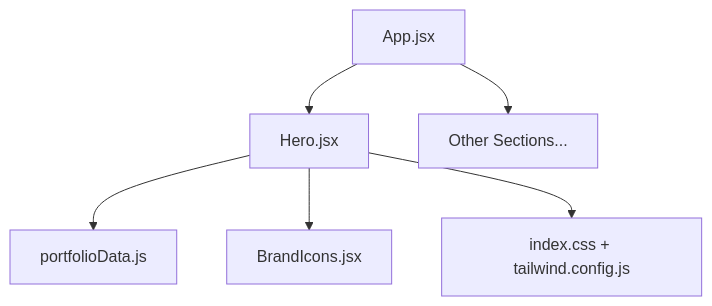
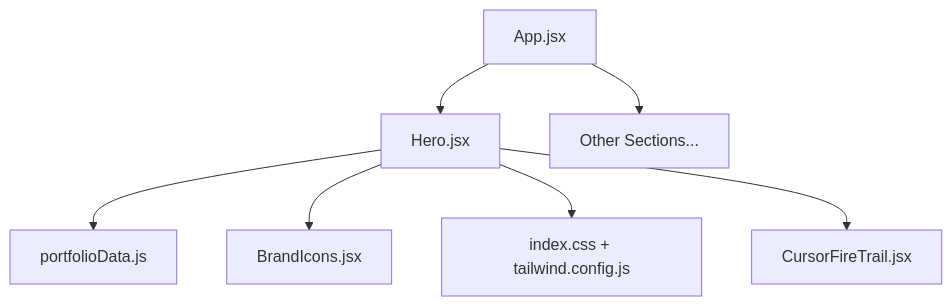
One commit to Gokulnath33/portfolio changed the first of 3 diagrams in .qoder/repowiki/en/content/Core Features/Hero Section.md. Above: the diagram before and after it, drawn with Mermaid. The commit also changed other lines of this file and 29 other files, not shown here.

````diff
--- a/.qoder/repowiki/en/content/Core Features/Hero Section.md
+++ b/.qoder/repowiki/en/content/Core Features/Hero Section.md
@@ -42,8 +57,9 @@
 ```mermaid
 graph TB
 App["App.jsx"] --> Hero["Hero.jsx"]
 Hero --> Data["portfolioData.js"]
 Hero --> Icons["BrandIcons.jsx"]
 Hero --> Styles["index.css + tailwind.config.js"]
+Hero --> CursorTrail["CursorFireTrail.jsx"]
 App --> OtherSections["Other Sections..."]
 ```
````
